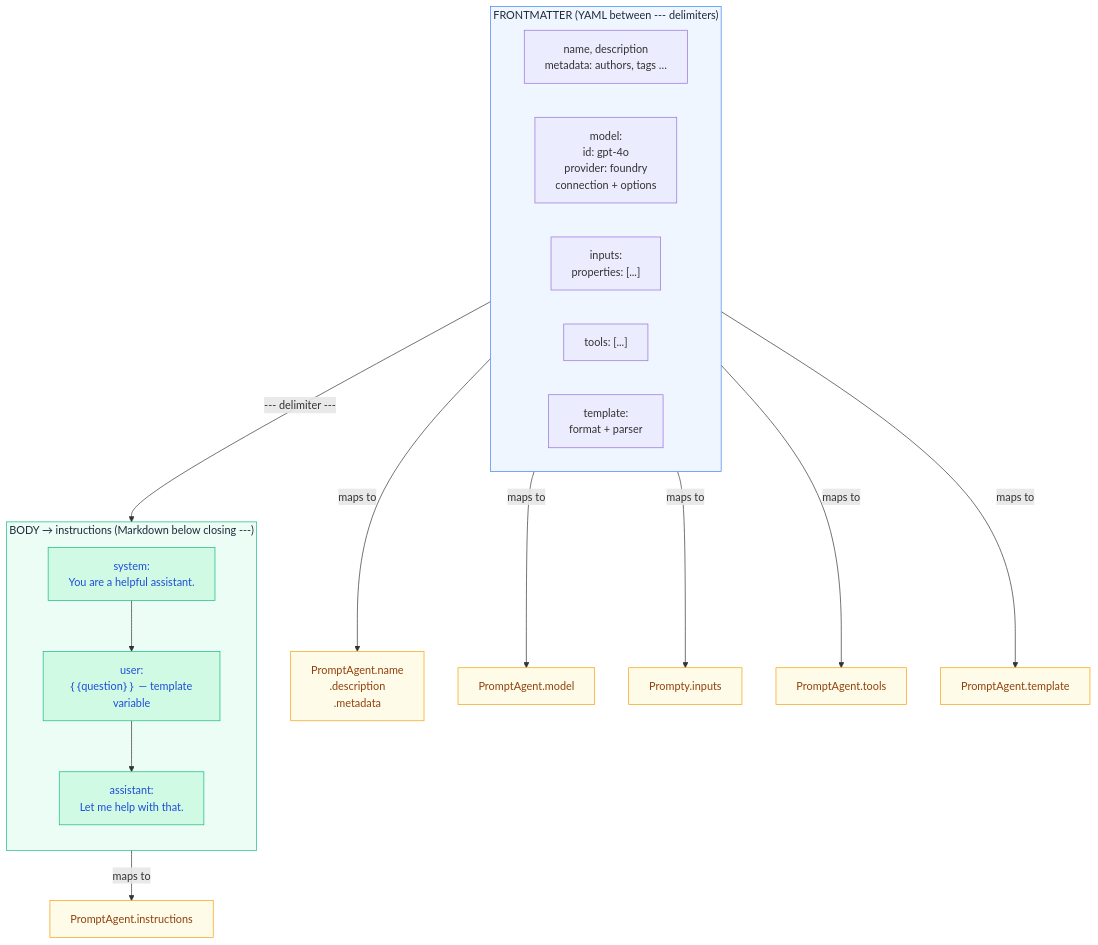
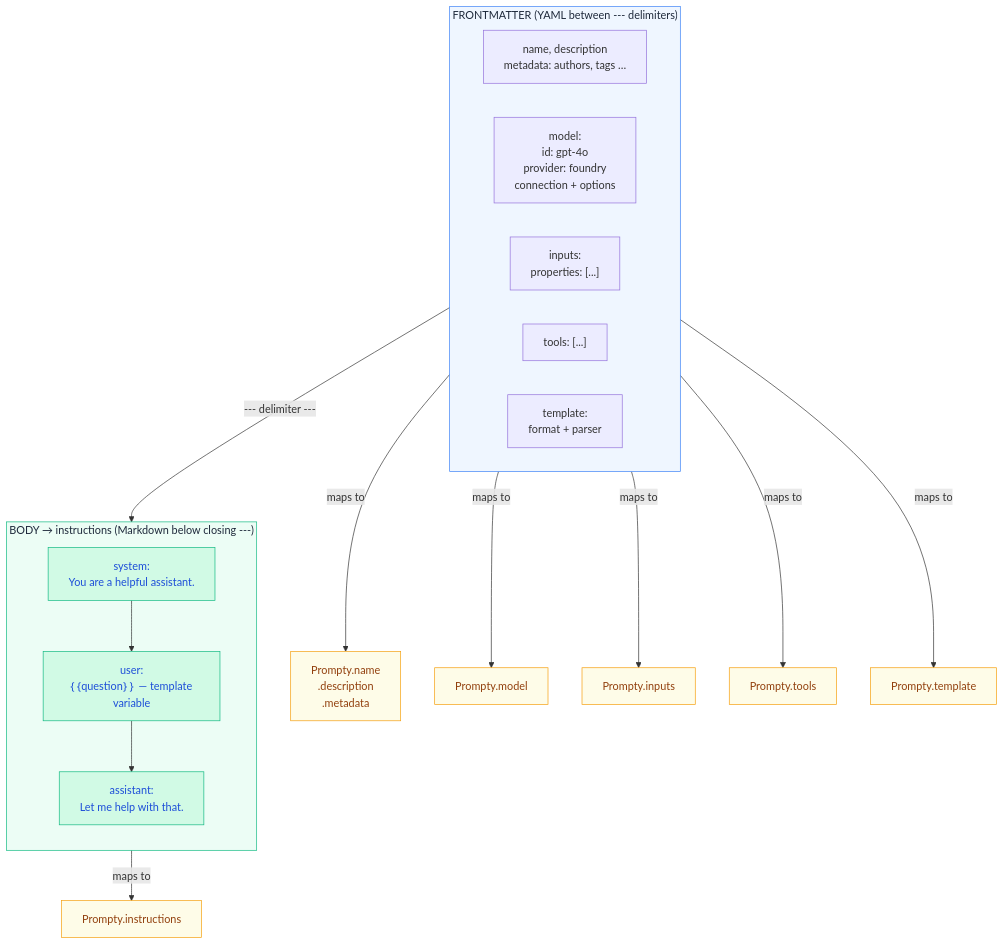
Before and after one commit to microsoft/prompty: the diagram in web/src/content/docs/core-concepts/file-format.mdx, drawn with Mermaid. The commit also changed other lines of this file and 13 other files, not shown here.

````diff
--- a/web/src/content/docs/core-concepts/file-format.mdx
+++ b/web/src/content/docs/core-concepts/file-format.mdx
@@ -33,40 +33,40 @@
 ```mermaid
 flowchart TD
     subgraph FM["FRONTMATTER (YAML between --- delimiters)"]
         direction LR
         Identity["name, description\nmetadata: authors, tags …"]
         ModelCfg["model:\nid: gpt-4o\nprovider: foundry\nconnection + options"]
         Inputs["inputs:\nproperties: [...]"]
         Tools["tools: [...]"]
         Template["template:\nformat + parser"]
     end
 
     subgraph Body["BODY → instructions (Markdown below closing ---)"]
         direction TB
         System["system:\nYou are a helpful assistant."]
         User["user:\n｛｛question｝｝ — template variable"]
         Assistant["assistant:\nLet me help with that."]
         System --> User --> Assistant
     end
 
     FM -- "--- delimiter ---" --> Body
 
-    Identity -- maps to --> PA1["PromptAgent.name\n.description\n.metadata"]
-    ModelCfg -- maps to --> PA2["PromptAgent.model"]
+    Identity -- maps to --> PA1["Prompty.name\n.description\n.metadata"]
+    ModelCfg -- maps to --> PA2["Prompty.model"]
     Inputs -- maps to --> PA3["Prompty.inputs"]
-    Tools -- maps to --> PA4["PromptAgent.tools"]
-    Template -- maps to --> PA5["PromptAgent.template"]
-    Body -- maps to --> PA6["PromptAgent.instructions"]
+    Tools -- maps to --> PA4["Prompty.tools"]
+    Template -- maps to --> PA5["Prompty.template"]
+    Body -- maps to --> PA6["Prompty.instructions"]
 
     style FM fill:#eff6ff,stroke:#3b82f6,color:#1e293b
     style Body fill:#ecfdf5,stroke:#10b981,color:#1e293b
     style System fill:#d1fae5,stroke:#10b981,color:#1d4ed8
     style User fill:#d1fae5,stroke:#10b981,color:#1d4ed8
     style Assistant fill:#d1fae5,stroke:#10b981,color:#1d4ed8
     style PA1 fill:#fefce8,stroke:#f59e0b,color:#92400e
     style PA2 fill:#fefce8,stroke:#f59e0b,color:#92400e
     style PA3 fill:#fefce8,stroke:#f59e0b,color:#92400e
     style PA4 fill:#fefce8,stroke:#f59e0b,color:#92400e
     style PA5 fill:#fefce8,stroke:#f59e0b,color:#92400e
     style PA6 fill:#fefce8,stroke:#f59e0b,color:#92400e
 ```
````
